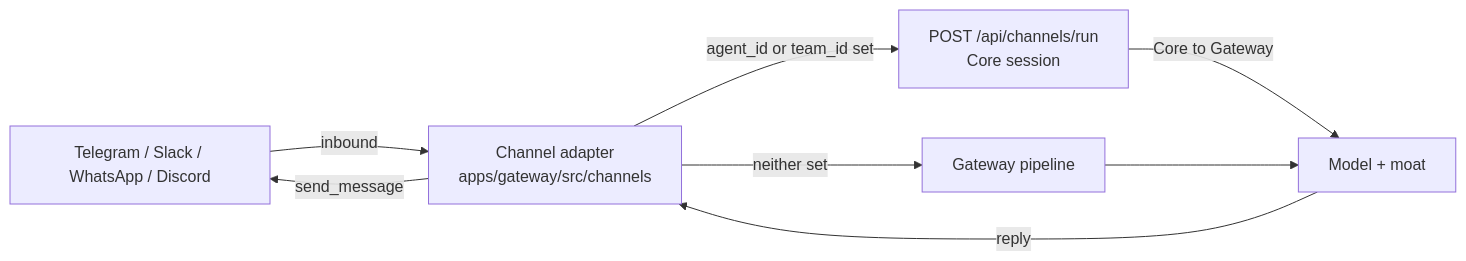
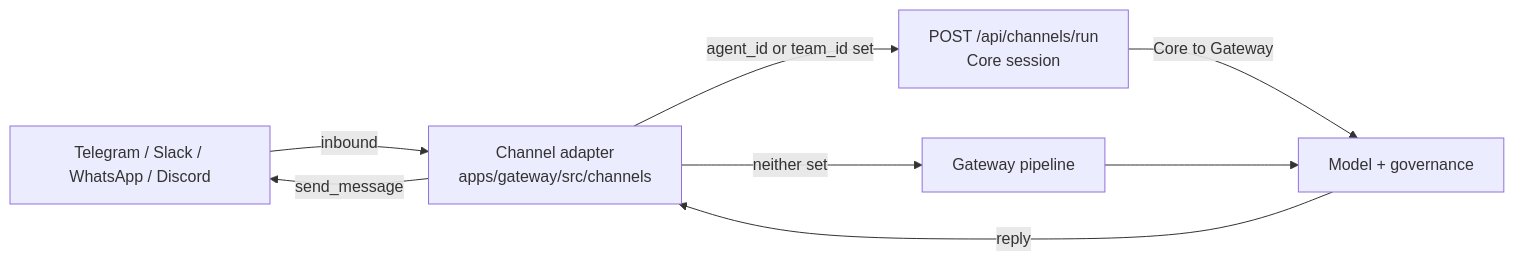
The diagram in content/docs/develop/extensions/channel-bot.mdx (amajorai/ryu-docs), drawn with Mermaid before and after one commit. The commit also changed other lines of this file and 30 other files, not shown here.

````diff
--- a/content/docs/develop/extensions/channel-bot.mdx
+++ b/content/docs/develop/extensions/channel-bot.mdx
@@ -36,10 +36,10 @@
 ```mermaid
 flowchart LR
   P[Telegram / Slack / WhatsApp / Discord] -->|inbound| C[Channel adapter<br/>apps/gateway/src/channels]
   C -->|agent_id or team_id set| R[POST /api/channels/run<br/>Core session]
   C -->|neither set| G[Gateway pipeline]
-  R -->|Core to Gateway| M[Model + moat]
+  R -->|Core to Gateway| M[Model + governance]
   G --> M
   M -->|reply| C
   C -->|send_message| P
 ```
````
